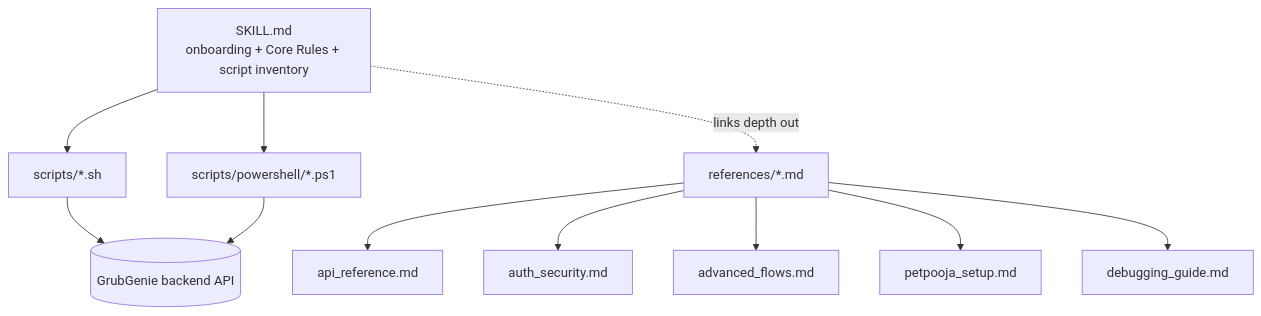
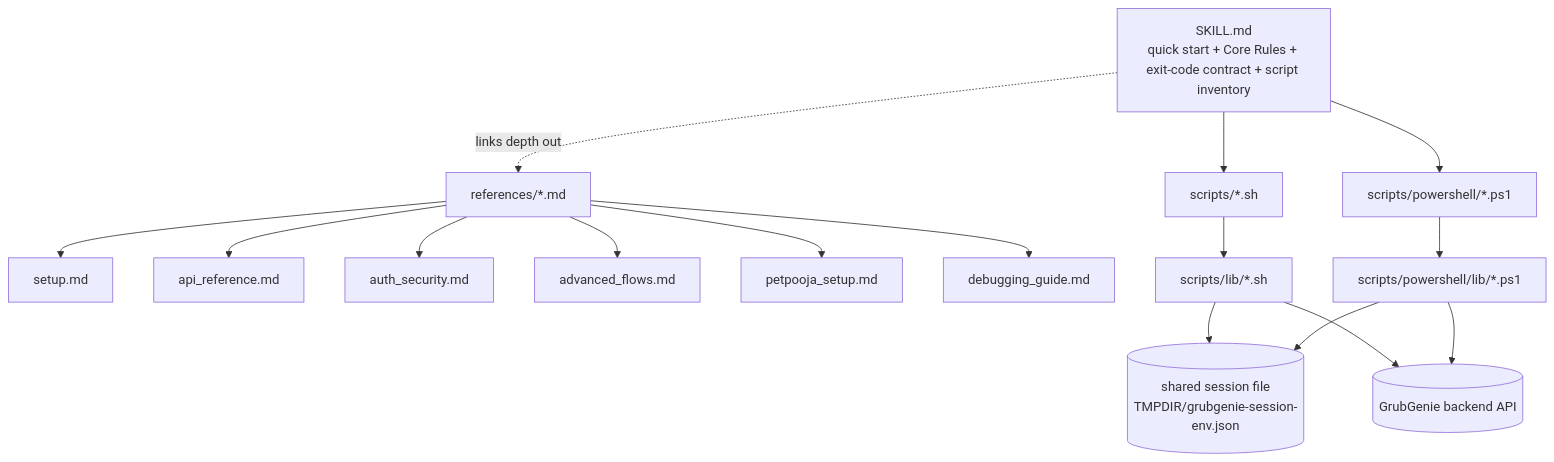
The diagram in brain/wiki/architecture/skill-architecture.md (hencydsouza24/grubgenie_api_test), drawn with Mermaid before and after one commit. The commit also changed other lines of this file and 75 other files, not shown here.

First line of the commit message:
refactor: SOLID/DRY rewrite of grubgenie-api-test skill

````diff
--- a/brain/wiki/architecture/skill-architecture.md
+++ b/brain/wiki/architecture/skill-architecture.md
@@ -15,13 +21,18 @@
 ```mermaid
 flowchart TD
-    SKILLMD[SKILL.md\nonboarding + Core Rules + script inventory] --> Scripts[scripts/*.sh]
+    SKILLMD[SKILL.md\nquick start + Core Rules + exit-code contract + script inventory] --> Scripts[scripts/*.sh]
     SKILLMD --> PS[scripts/powershell/*.ps1]
     SKILLMD -.->|links depth out| Refs[references/*.md]
+    Refs --> Setup[setup.md]
     Refs --> ApiRef[api_reference.md]
     Refs --> AuthSec[auth_security.md]
     Refs --> AdvFlows[advanced_flows.md]
     Refs --> Petpooja[petpooja_setup.md]
     Refs --> Debug[debugging_guide.md]
-    Scripts --> Backend[(GrubGenie backend API)]
-    PS --> Backend
+    Scripts --> Lib[scripts/lib/*.sh]
+    PS --> LibPS[scripts/powershell/lib/*.ps1]
+    Lib --> Session[(shared session file\nTMPDIR/grubgenie-session-env.json)]
+    LibPS --> Session
+    Lib --> Backend[(GrubGenie backend API)]
+    LibPS --> Backend
 ```
````
